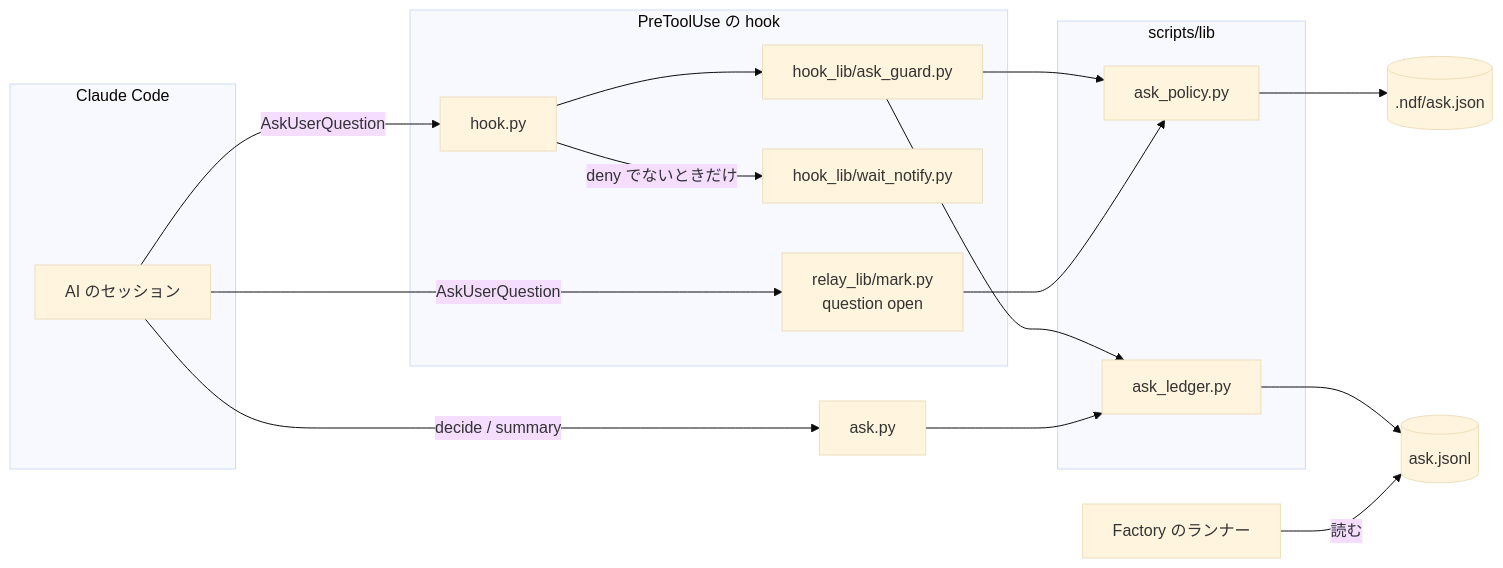
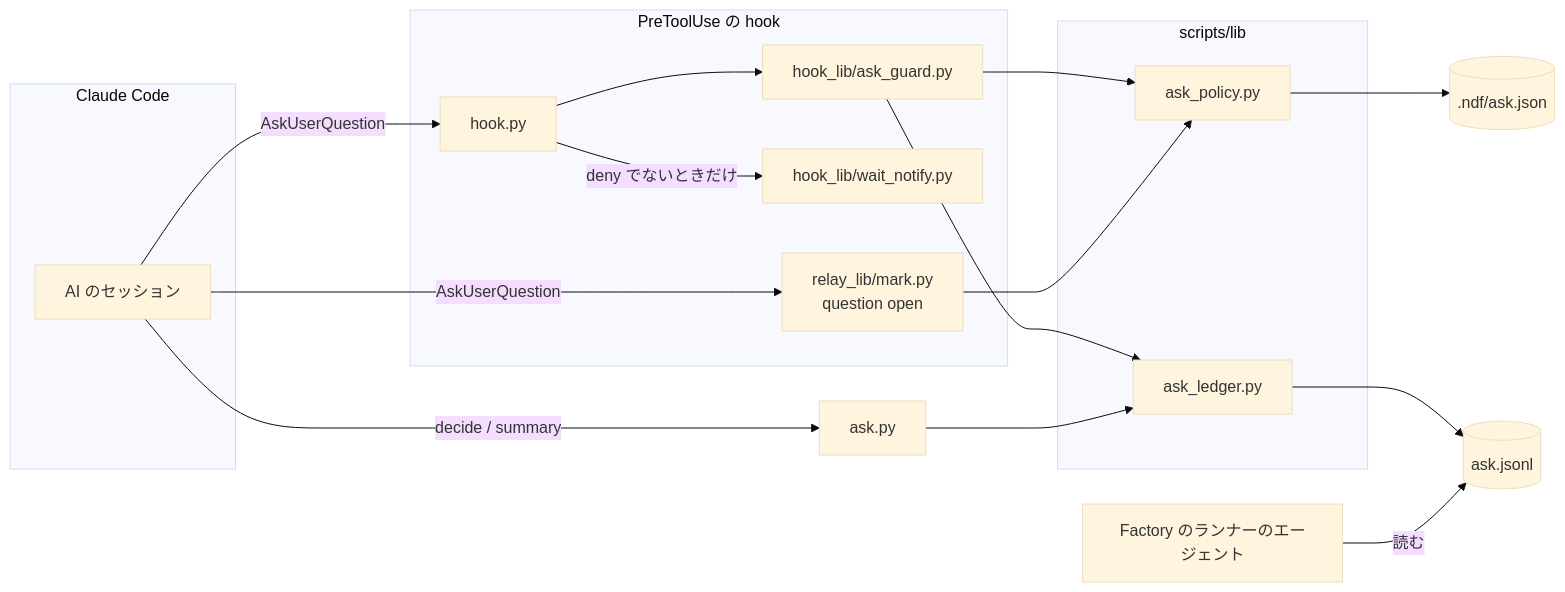
Before and after one commit to devbasex/ai-plugins: the first of 4 diagrams in docs/specifications/ndf-ask-guard.md, drawn with Mermaid (base theme). The commit also changed other lines of this file and 110 other files, not shown here.

````diff
--- a/docs/specifications/ndf-ask-guard.md
+++ b/docs/specifications/ndf-ask-guard.md
@@ -113,32 +113,32 @@
 ```mermaid
 graph LR
     subgraph CC[Claude Code]
         AI[AI のセッション]
     end
     subgraph Hook[PreToolUse の hook]
         HP[hook.py]
         AG[hook_lib/ask_guard.py]
         WN[hook_lib/wait_notify.py]
         QO[relay_lib/mark.py<br/>question open]
     end
     subgraph Lib[scripts/lib]
         AP[ask_policy.py]
         AL[ask_ledger.py]
     end
     DECL[(.ndf/ask.json)]
     LEDGER[(ask.jsonl)]
     CLI[ask.py]
-    RUN[Factory のランナー]
+    RUN[Factory のランナーのエージェント]
     AI -->|AskUserQuestion| HP
     AI -->|AskUserQuestion| QO
     HP --> AG
     HP -->|deny でないときだけ| WN
     AG --> AP
     QO --> AP
     AP --> DECL
     AG --> AL
     AI -->|decide / summary| CLI
     CLI --> AL
     AL --> LEDGER
     RUN -->|読む| LEDGER
 ```
````
